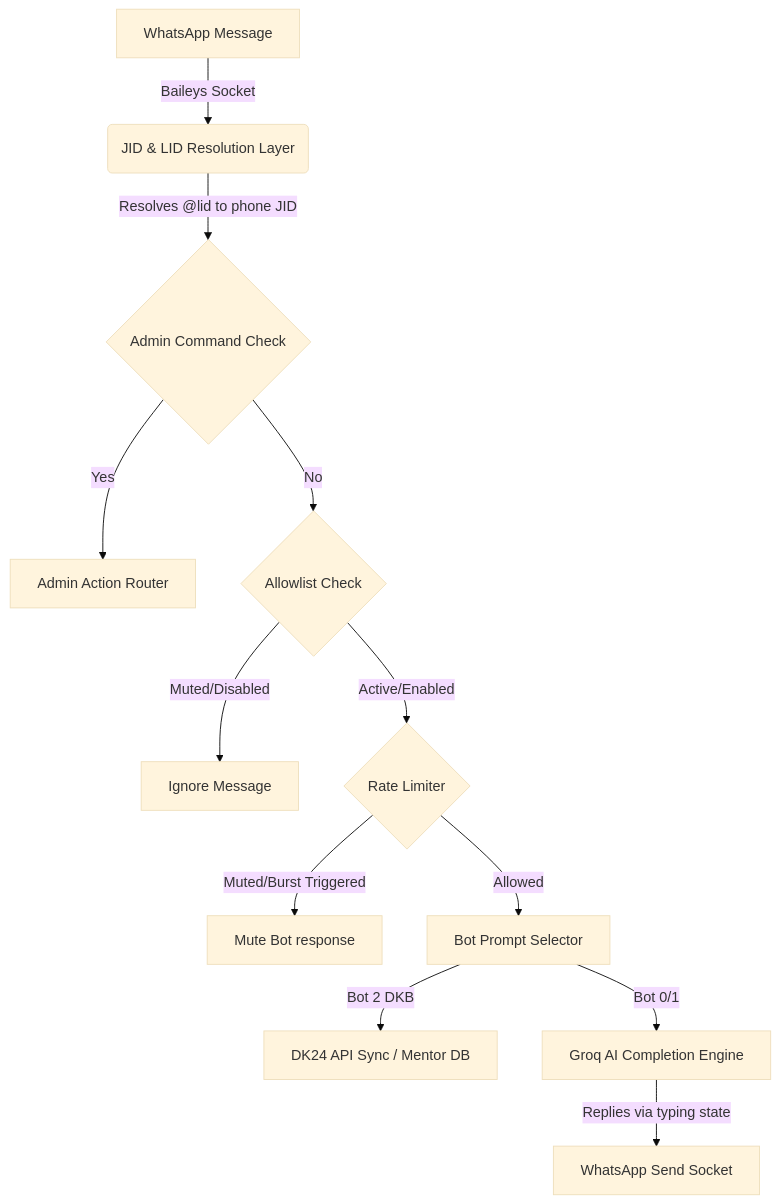
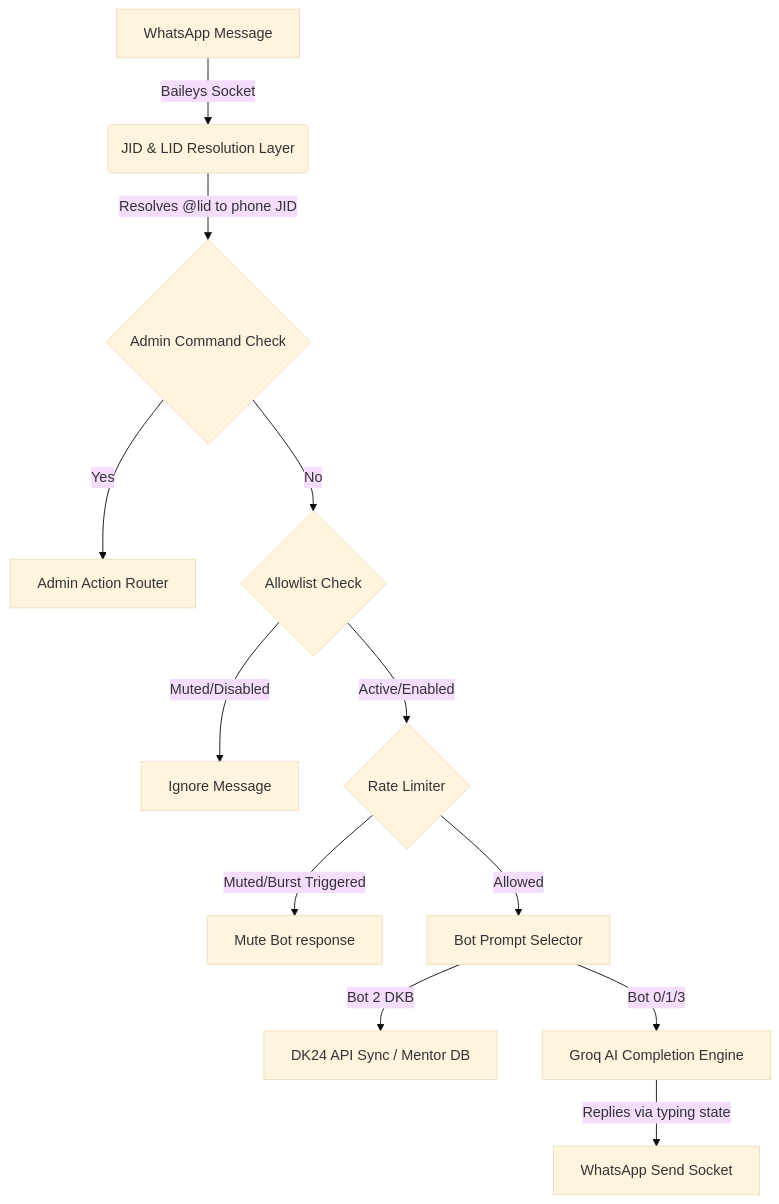
One commit to Dinaltium/Whatsapp-bot changed the diagram in README.md. Above: the diagram before and after it, drawn with Mermaid (base theme). The commit also changed other lines of this file and 14 other files, not shown here.

````diff
--- a/README.md
+++ b/README.md
@@ -81,14 +82,14 @@
 ```mermaid
 graph TD
     A[WhatsApp Message] -->|Baileys Socket| B(JID & LID Resolution Layer)
     B -->|Resolves @lid to phone JID| C{Admin Command Check}
     C -->|Yes| D[Admin Action Router]
     C -->|No| E{Allowlist Check}
     E -->|Muted/Disabled| F[Ignore Message]
     E -->|Active/Enabled| G{Rate Limiter}
     G -->|Muted/Burst Triggered| H[Mute Bot response]
     G -->|Allowed| I[Bot Prompt Selector]
     I -->|Bot 2 DKB| J[DK24 API Sync / Mentor DB]
-    I -->|Bot 0/1| K[Groq AI Completion Engine]
+    I -->|Bot 0/1/3| K[Groq AI Completion Engine]
     K -->|Replies via typing state| L[WhatsApp Send Socket]
 ```
````
